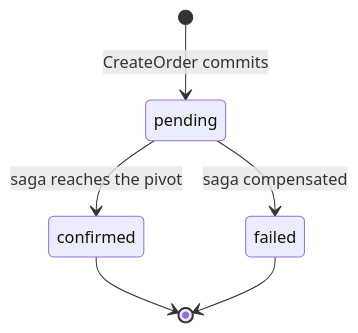
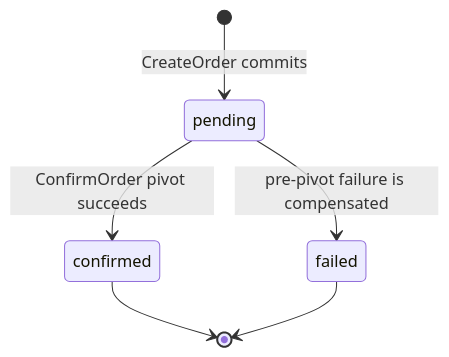
One commit to duynhlab/homelab changed diagram 12 of 14 in docs/api/temporal-order-fulfillment.md. Above: the diagram before and after it, drawn with Mermaid. The commit also changed other lines of this file and 33 other files, not shown here.

````diff
--- a/docs/api/temporal-order-fulfillment.md
+++ b/docs/api/temporal-order-fulfillment.md
@@ -132,8 +456,8 @@
 ```mermaid
 stateDiagram-v2
     [*] --> pending: CreateOrder commits
-    pending --> confirmed: saga reaches the pivot
-    pending --> failed: saga compensated
+    pending --> confirmed: ConfirmOrder pivot succeeds
+    pending --> failed: pre-pivot failure is compensated
     confirmed --> [*]
     failed --> [*]
 ```
````
